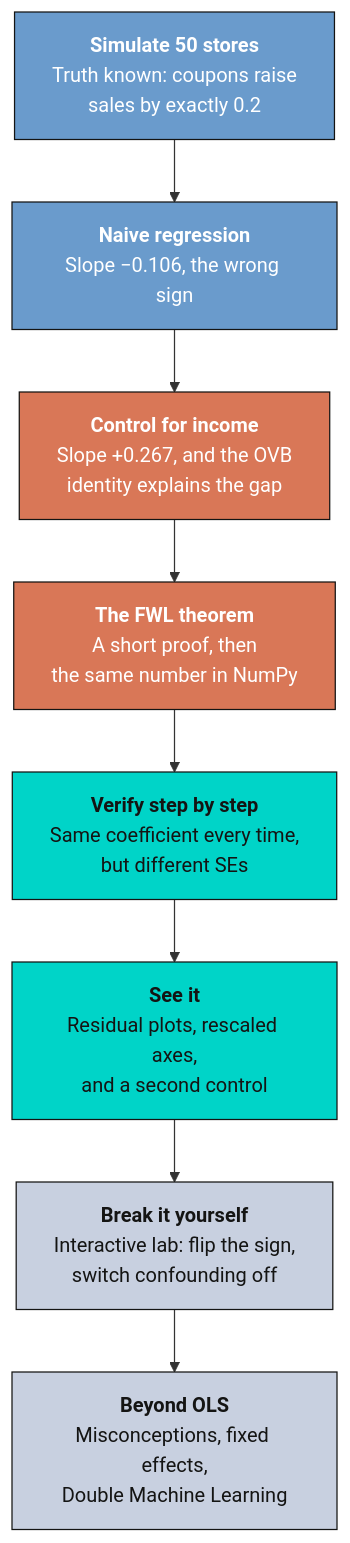
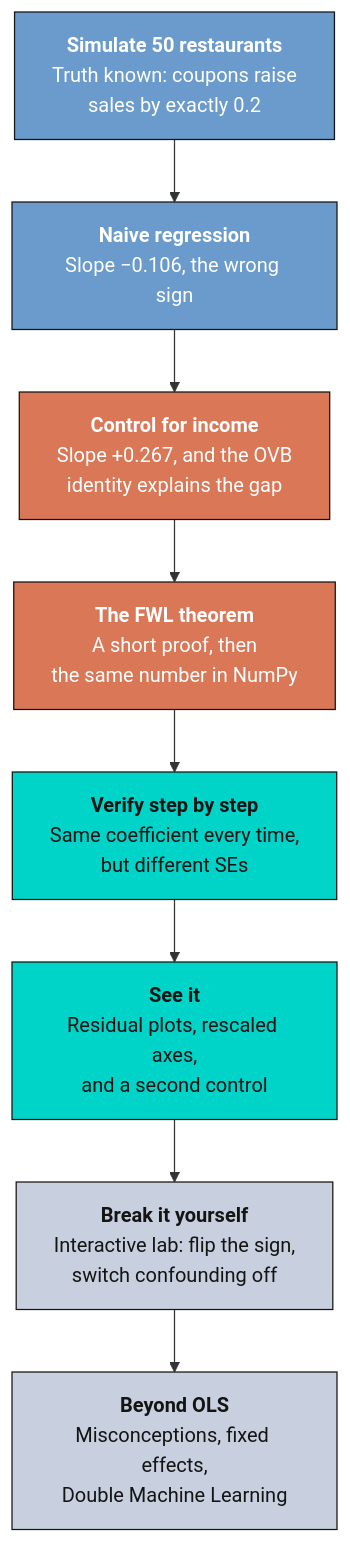
The first of 2 diagrams in content/post/python_fwl/index.md (cmg777/starter-academic-v501), drawn with Mermaid before and after one commit. The commit also changed other lines of this file and 44 other files, not shown here.

````diff
--- a/content/post/python_fwl/index.md
+++ b/content/post/python_fwl/index.md
@@ -364,18 +366,18 @@
 ```mermaid
 graph TD
-    A["<b>Simulate 50 stores</b><br/>Truth known: coupons raise<br/>sales by exactly 0.2"] --> B["<b>Naive regression</b><br/>Slope −0.106, the wrong sign"]
+    A["<b>Simulate 50 restaurants</b><br/>Truth known: coupons raise<br/>sales by exactly 0.2"] --> B["<b>Naive regression</b><br/>Slope −0.106, the wrong sign"]
     B --> C["<b>Control for income</b><br/>Slope +0.267, and the OVB<br/>identity explains the gap"]
     C --> D["<b>The FWL theorem</b><br/>A short proof, then<br/>the same number in NumPy"]
     D --> E["<b>Verify step by step</b><br/>Same coefficient every time,<br/>but different SEs"]
     E --> F["<b>See it</b><br/>Residual plots, rescaled axes,<br/>and a second control"]
     F --> G["<b>Break it yourself</b><br/>Interactive lab: flip the sign,<br/>switch confounding off"]
     G --> H["<b>Beyond OLS</b><br/>Misconceptions, fixed effects,<br/>Double Machine Learning"]
     style A fill:#6a9bcc,stroke:#141413,color:#fff
     style B fill:#6a9bcc,stroke:#141413,color:#fff
     style C fill:#d97757,stroke:#141413,color:#fff
     style D fill:#d97757,stroke:#141413,color:#fff
     style E fill:#00d4c8,stroke:#141413,color:#141413
     style F fill:#00d4c8,stroke:#141413,color:#141413
     style G fill:#c8d0e0,stroke:#141413,color:#141413
     style H fill:#c8d0e0,stroke:#141413,color:#141413
 ```
````
